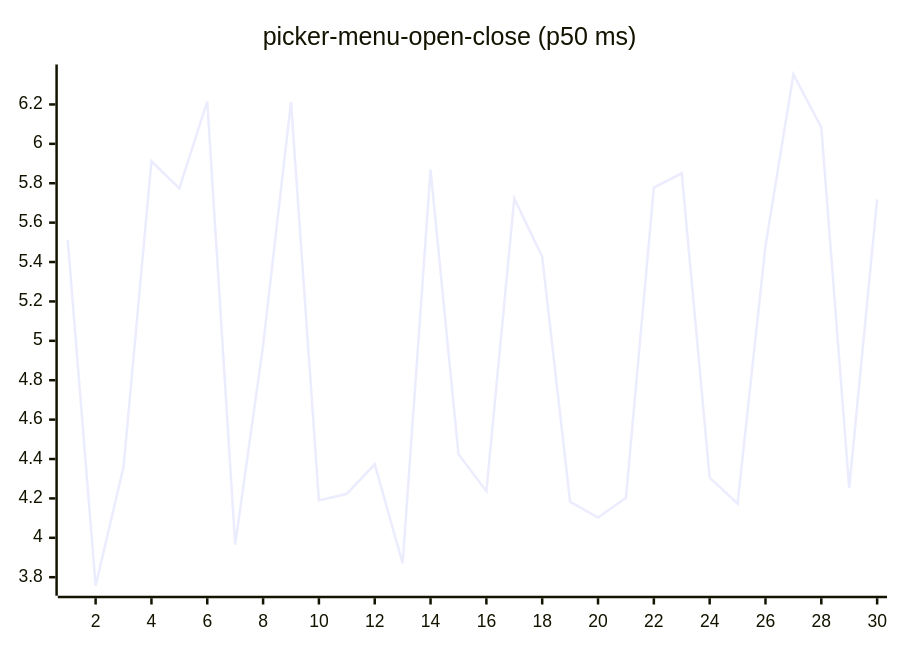
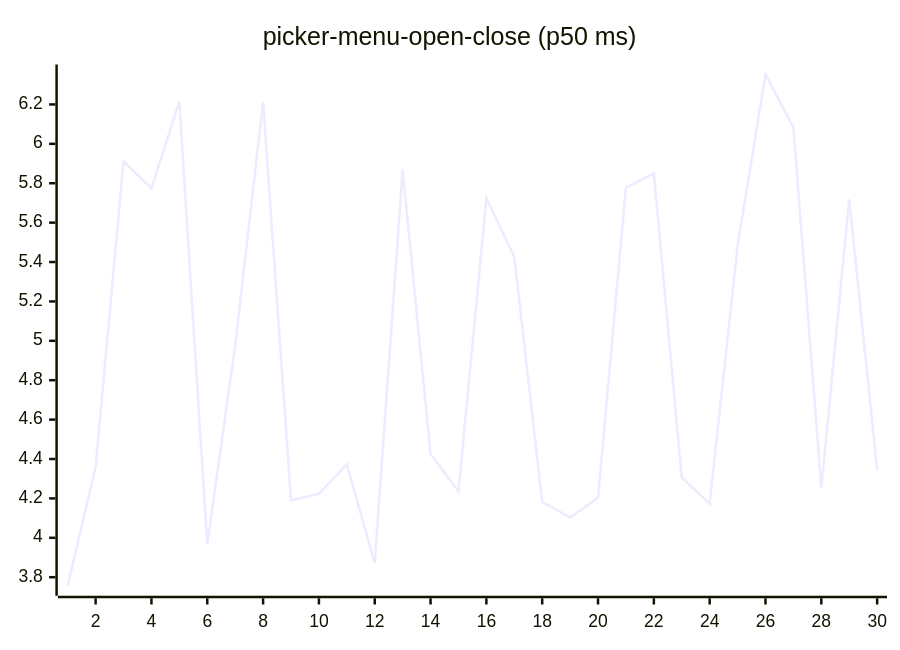
Before and after one commit to josha/Facet: diagram 16 of 27 in README.md, drawn with Mermaid. The commit also changed other lines of this file and 2 other files, not shown here.

````diff
--- a/README.md
+++ b/README.md
@@ -168,6 +168,6 @@
 ```mermaid
 xychart-beta
     title "picker-menu-open-close (p50 ms)"
     x-axis 1 --> 30
-    line [5.5122, 3.7566, 4.3593, 5.9114, 5.7740, 6.2151, 3.9652, 4.9760, 6.2132, 4.1891, 4.2236, 4.3733, 3.8708, 5.8694, 4.4248, 4.2362, 5.7230, 5.4264, 4.1828, 4.1028, 4.2034, 5.7775, 5.8503, 4.3049, 4.1731, 5.4814, 6.3520, 6.0839, 4.2522, 5.7175]
+    line [3.7566, 4.3593, 5.9114, 5.7740, 6.2151, 3.9652, 4.9760, 6.2132, 4.1891, 4.2236, 4.3733, 3.8708, 5.8694, 4.4248, 4.2362, 5.7230, 5.4264, 4.1828, 4.1028, 4.2034, 5.7775, 5.8503, 4.3049, 4.1731, 5.4814, 6.3520, 6.0839, 4.2522, 5.7175, 4.3452]
 ```
````
